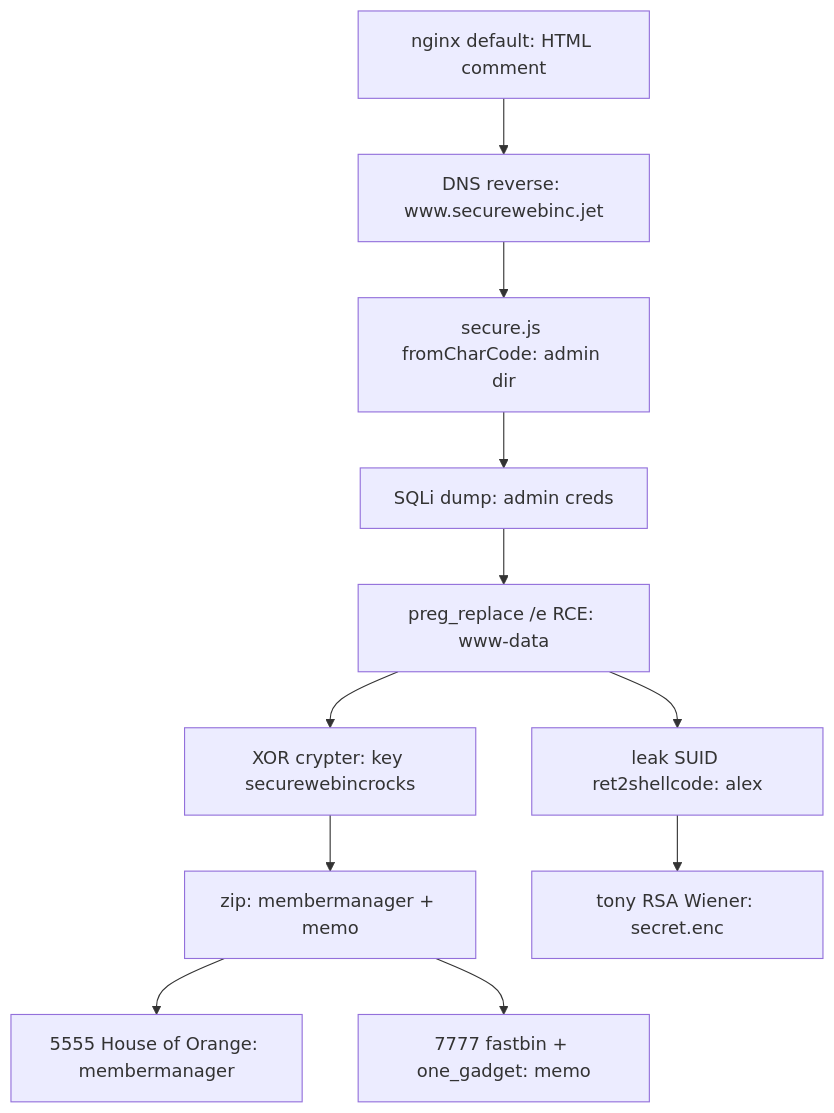
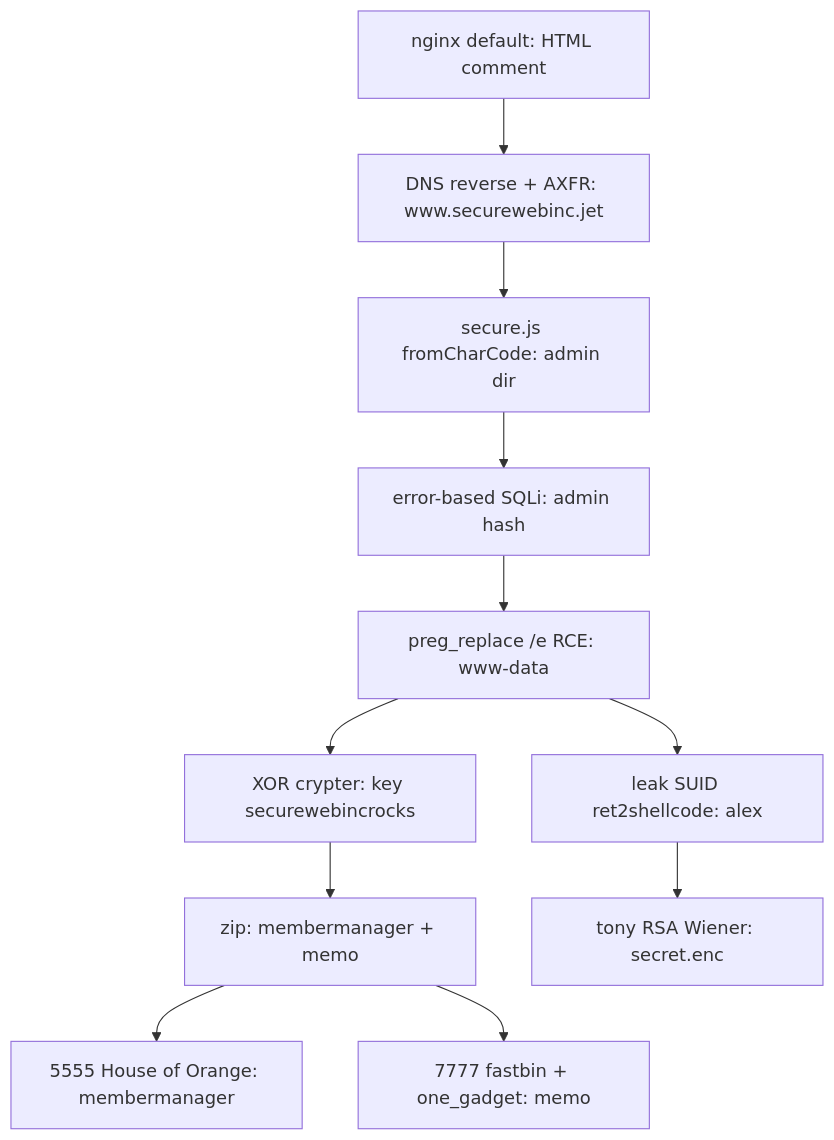
Before and after one commit to UncleJ4ck/cornfield: the diagram in _posts/2026-09-06-htb-fortress-jet.md, drawn with Mermaid. The commit also changed other lines of this file and 10 other files, not shown here.

````diff
--- a/_posts/2026-09-06-htb-fortress-jet.md
+++ b/_posts/2026-09-06-htb-fortress-jet.md
@@ -71,13 +92,13 @@
 ```mermaid
 flowchart TD
-  A[nginx default: HTML comment] --> B[DNS reverse: www.securewebinc.jet]
+  A[nginx default: HTML comment] --> B[DNS reverse + AXFR: www.securewebinc.jet]
   B --> C[secure.js fromCharCode: admin dir]
-  C --> D[SQLi dump: admin creds]
+  C --> D[error-based SQLi: admin hash]
   D --> E[preg_replace /e RCE: www-data]
   E --> F[leak SUID ret2shellcode: alex]
   E --> G[XOR crypter: key securewebincrocks]
   G --> H[zip: membermanager + memo]
   H --> I[5555 House of Orange: membermanager]
   H --> J[7777 fastbin + one_gadget: memo]
   F --> K[tony RSA Wiener: secret.enc]
 ```
````
